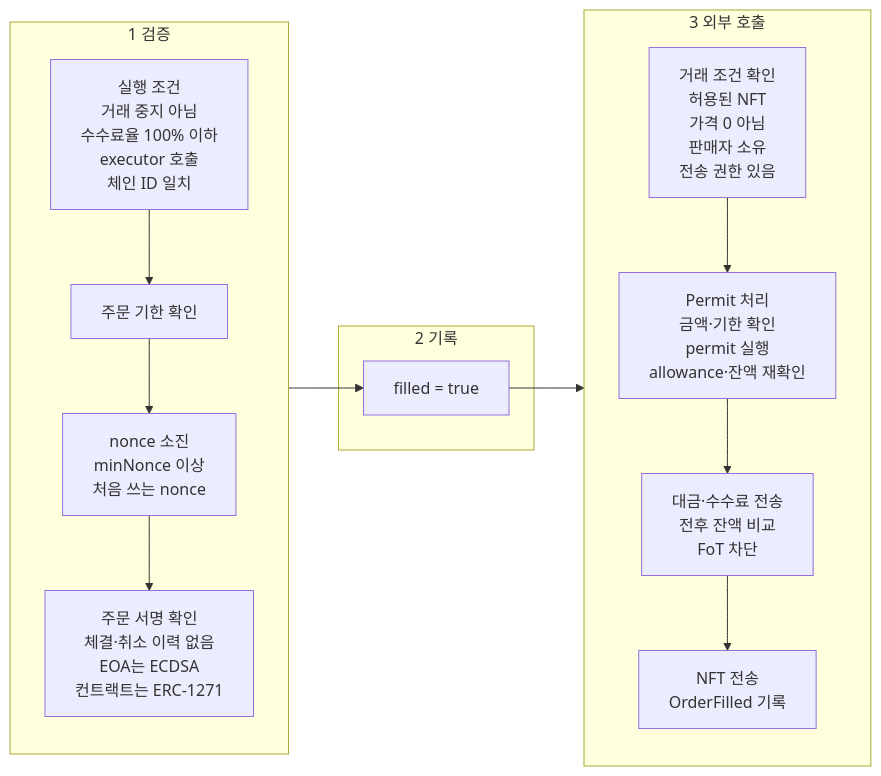
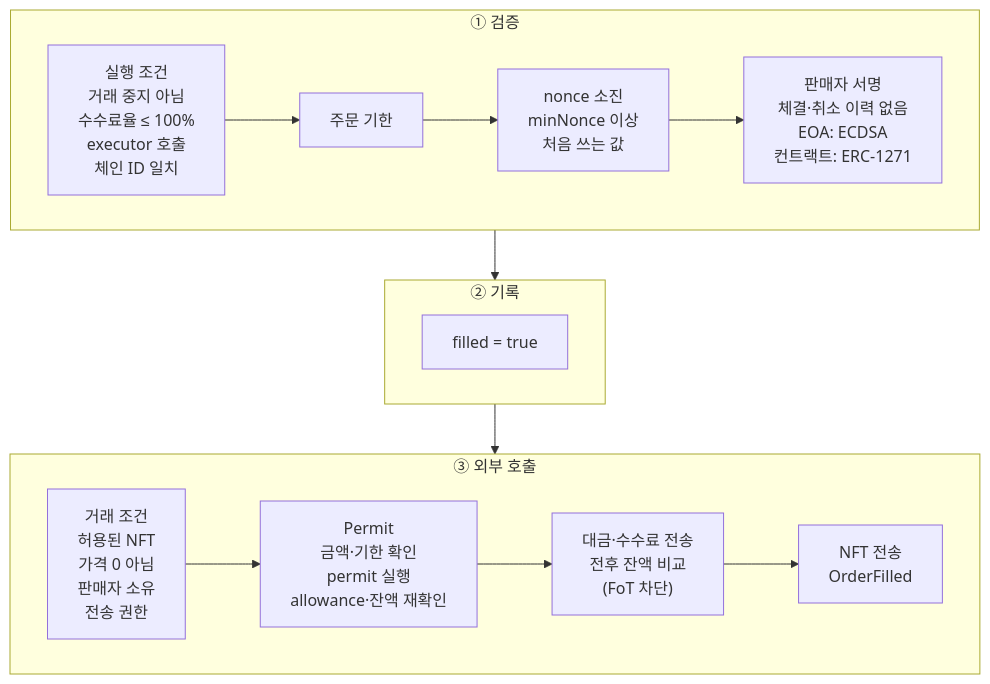
Before and after one commit to FDongFDong/nft-exchange-contract: the third of 3 diagrams in README.md, drawn with Mermaid.

Commit message:
README: fill 검사 순서도를 3행 배치로 수정

````diff
--- a/README.md
+++ b/README.md
@@ -70,23 +70,24 @@
 ```mermaid
-flowchart LR
-    subgraph C["1 검증"]
-        direction TB
-        C1["실행 조건<br/>거래 중지 아님<br/>수수료율 100% 이하<br/>executor 호출<br/>체인 ID 일치"]
-        C2["주문 기한 확인"]
-        C3["nonce 소진<br/>minNonce 이상<br/>처음 쓰는 nonce"]
-        C4["주문 서명 확인<br/>체결·취소 이력 없음<br/>EOA는 ECDSA<br/>컨트랙트는 ERC-1271"]
+%%{init: {"flowchart": {"wrappingWidth": 400}}}%%
+flowchart TD
+    subgraph C["① 검증"]
+        direction LR
+        C1["실행 조건<br/>거래 중지 아님<br/>수수료율 ≤ 100%<br/>executor 호출<br/>체인 ID 일치"]
+        C2["주문 기한"]
+        C3["nonce 소진<br/>minNonce 이상<br/>처음 쓰는 값"]
+        C4["판매자 서명<br/>체결·취소 이력 없음<br/>EOA: ECDSA<br/>컨트랙트: ERC-1271"]
         C1 --> C2 --> C3 --> C4
     end
-    subgraph E["2 기록"]
+    subgraph E["② 기록"]
         E1["filled = true"]
     end
-    subgraph I["3 외부 호출"]
-        direction TB
-        I1["거래 조건 확인<br/>허용된 NFT<br/>가격 0 아님<br/>판매자 소유<br/>전송 권한 있음"]
-        I2["Permit 처리<br/>금액·기한 확인<br/>permit 실행<br/>allowance·잔액 재확인"]
-        I3["대금·수수료 전송<br/>전후 잔액 비교<br/>FoT 차단"]
-        I4["NFT 전송<br/>OrderFilled 기록"]
+    subgraph I["③ 외부 호출"]
+        direction LR
+        I1["거래 조건<br/>허용된 NFT<br/>가격 0 아님<br/>판매자 소유<br/>전송 권한"]
+        I2["Permit<br/>금액·기한 확인<br/>permit 실행<br/>allowance·잔액 재확인"]
+        I3["대금·수수료 전송<br/>전후 잔액 비교<br/>(FoT 차단)"]
+        I4["NFT 전송<br/>OrderFilled"]
         I1 --> I2 --> I3 --> I4
     end
-    C4 --> E1 --> I1
+    C --> E --> I
 ```
````
